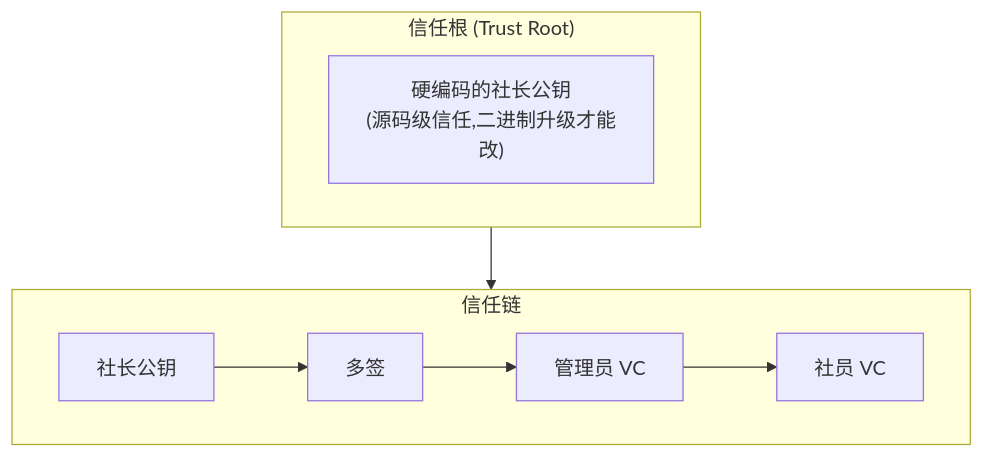
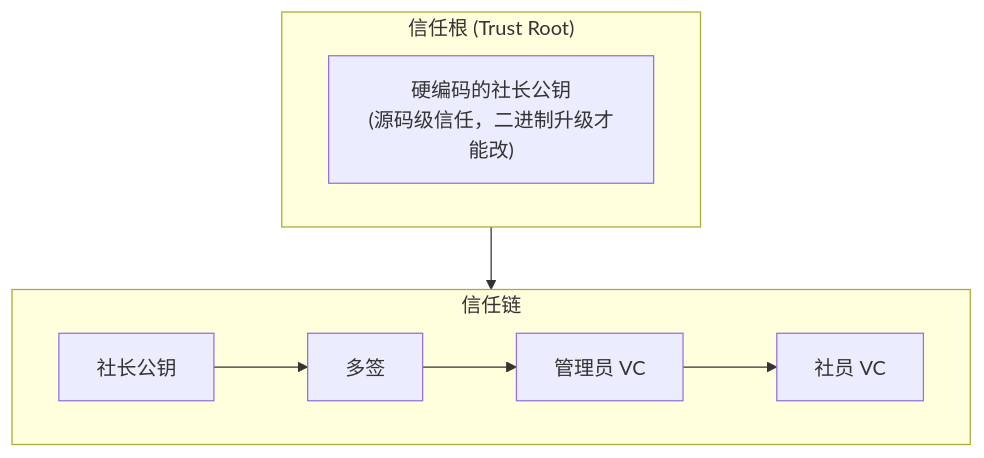
One commit to JLUCraft/docs changed the diagram in pages/design/security.md. Above: the diagram before and after it, drawn with Mermaid. The commit also changed other lines of this file and 23 other files, not shown here.

````diff
--- a/pages/design/security.md
+++ b/pages/design/security.md
@@ -7,16 +7,16 @@
 ```mermaid
 flowchart TB
   subgraph Root["信任根 (Trust Root)"]
-    R["硬编码的社长公钥<br/>(源码级信任,二进制升级才能改)"]
+    R["硬编码的社长公钥<br/>(源码级信任，二进制升级才能改)"]
   end
 
   subgraph Chain["信任链"]
     C1[社长公钥]
     C2[多签]
     C3[管理员 VC]
     C4[社员 VC]
     C1 --> C2 --> C3 --> C4
   end
 
   Root --> Chain
 ```
````
